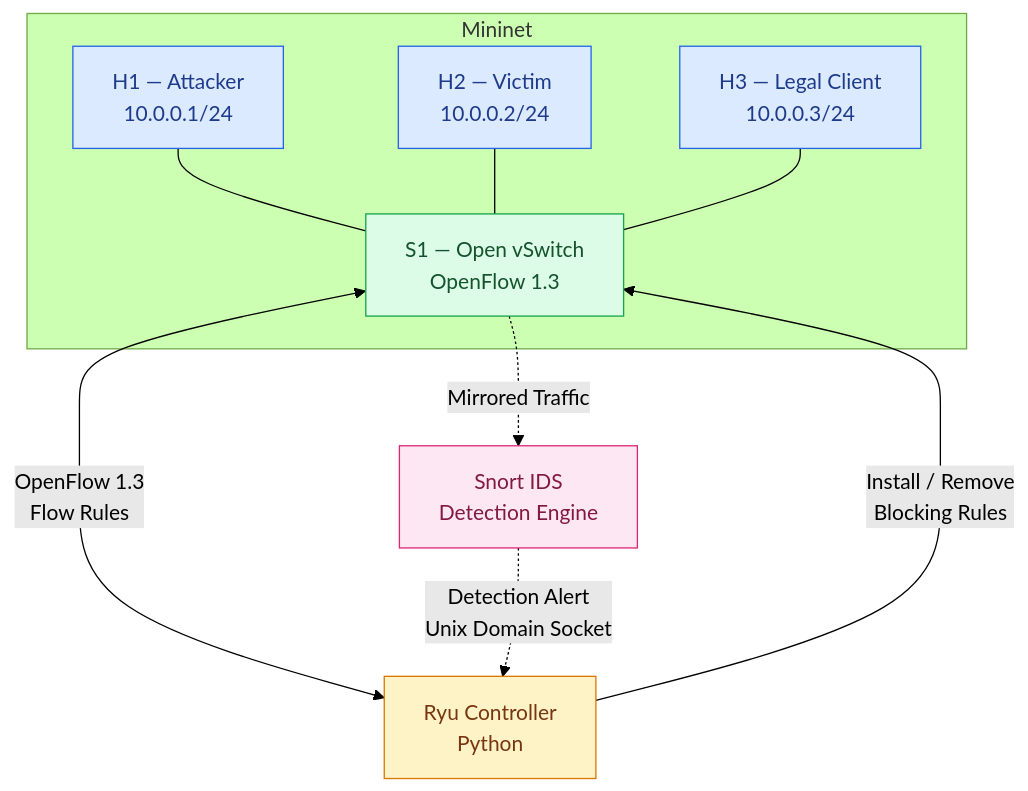
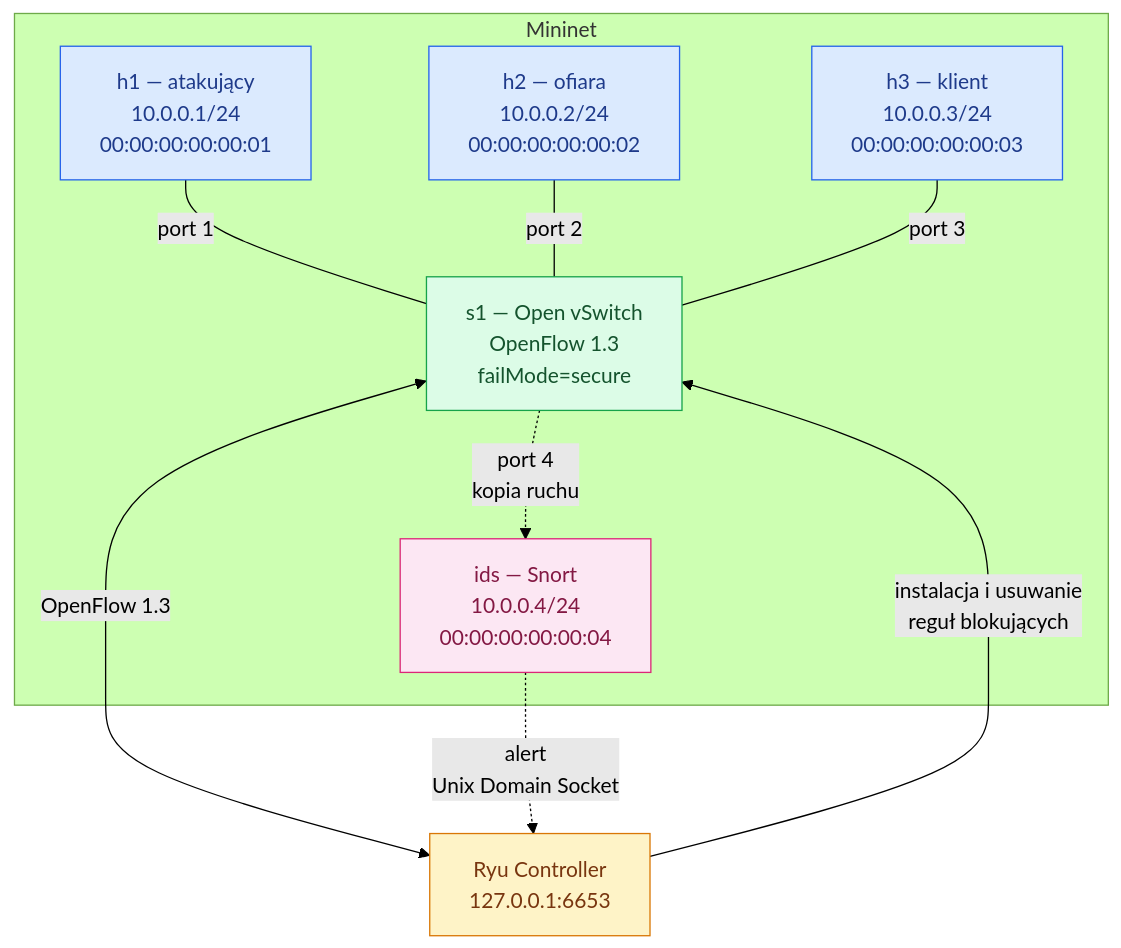
The diagram in README.md (Dawid0508/sdn-reactive-firewall), drawn with Mermaid (forest theme) before and after one commit. The commit also changed other lines of this file, not shown here.

````diff
--- a/README.md
+++ b/README.md
@@ -51,33 +99,32 @@
 ```mermaid
 flowchart TB
     subgraph NET["Mininet"]
-        H1["H1 — Attacker<br/>10.0.0.1/24"]
-        H2["H2 — Victim<br/>10.0.0.2/24"]
-        H3["H3 — Legal Client<br/>10.0.0.3/24"]
+        H1["h1 — atakujący<br/>10.0.0.1/24<br/>00:00:00:00:00:01"]
+        H2["h2 — ofiara<br/>10.0.0.2/24<br/>00:00:00:00:00:02"]
+        H3["h3 — klient<br/>10.0.0.3/24<br/>00:00:00:00:00:03"]
+        IDS["ids — Snort<br/>10.0.0.4/24<br/>00:00:00:00:00:04"]
 
-        S1["S1 — Open vSwitch<br/>OpenFlow 1.3"]
+        S1["s1 — Open vSwitch<br/>OpenFlow 1.3<br/>failMode=secure"]
 
-        H1 --- S1
-        H2 --- S1
-        H3 --- S1
+        H1 ---|"port 1"| S1
+        H2 ---|"port 2"| S1
+        H3 ---|"port 3"| S1
+        S1 -.->|"port 4<br/>kopia ruchu"| IDS
     end
 
-    RYU["Ryu Controller<br/>Python"]
-    SNORT["Snort IDS<br/>Detection Engine"]
+    RYU["Ryu Controller<br/>127.0.0.1:6653"]
 
-    S1 <-->|"OpenFlow 1.3<br/>Flow Rules"| RYU
-    S1 -.->|"Mirrored Traffic"| SNORT
-    SNORT -.->|"Detection Alert<br/>Unix Domain Socket"| RYU
-
-    RYU -->|"Install / Remove<br/>Blocking Rules"| S1
+    S1 <-->|"OpenFlow 1.3"| RYU
+    IDS -.->|"alert<br/>Unix Domain Socket"| RYU
+    RYU -->|"instalacja i usuwanie<br/>reguł blokujących"| S1
 
     classDef host fill:#dbeafe,stroke:#2563eb,color:#1e3a8a
     classDef switch fill:#dcfce7,stroke:#16a34a,color:#14532d
     classDef controller fill:#fef3c7,stroke:#d97706,color:#78350f
     classDef ids fill:#fce7f3,stroke:#db2777,color:#831843
 
     class H1,H2,H3 host
     class S1 switch
     class RYU controller
-    class SNORT ids
+    class IDS ids
 ```
````
